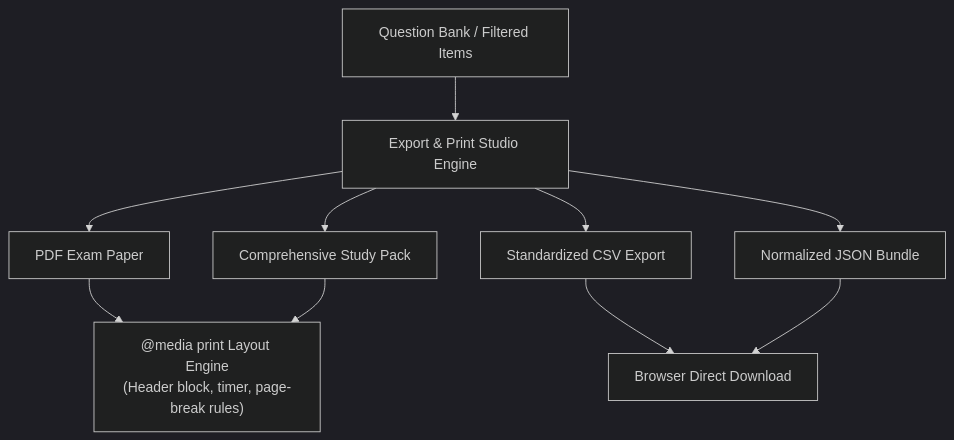
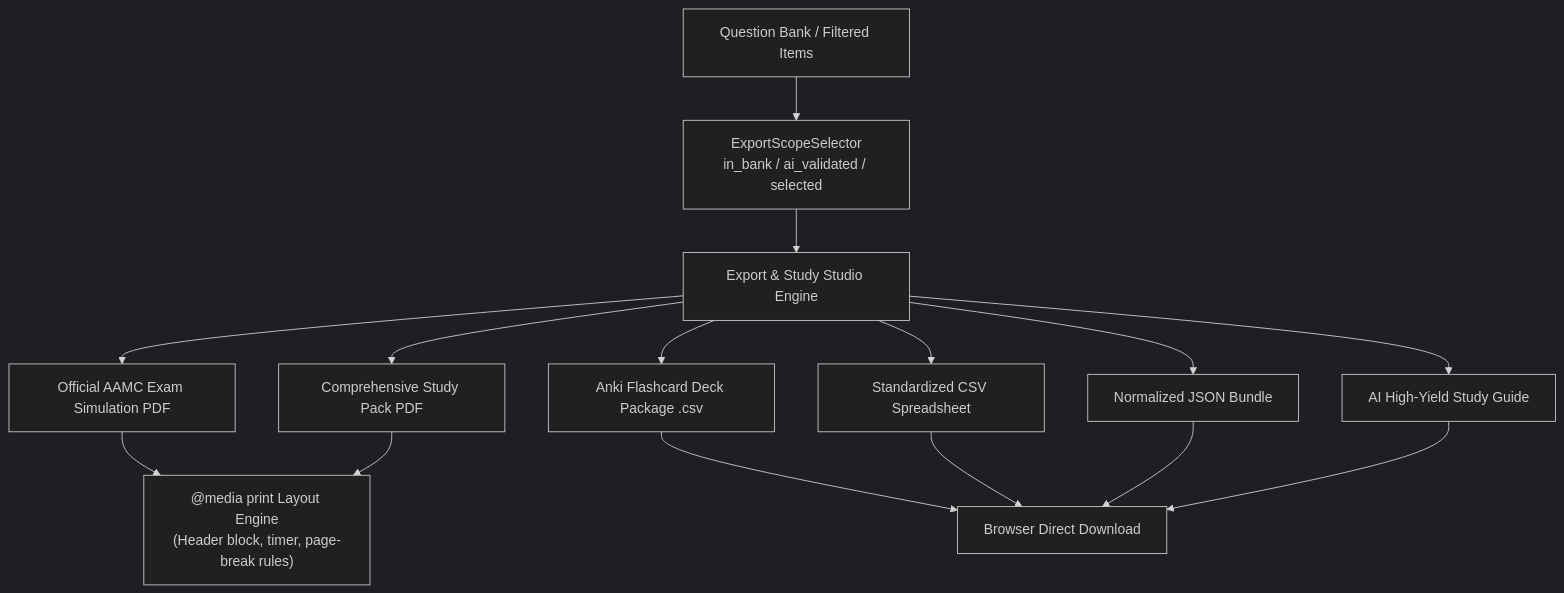
One commit to VishwamPatel-Infynno/Question-Bank-Generator changed diagram 11 of 12 in docs/ARCHITECTURE.md. Above: the diagram before and after it, drawn with Mermaid (dark theme). The commit also changed other lines of this file and 23 other files, not shown here.

````diff
--- a/docs/ARCHITECTURE.md
+++ b/docs/ARCHITECTURE.md
@@ -786,14 +941,19 @@
 ```mermaid
 graph TD
-    QB[Question Bank / Filtered Items] --> Studio[Export & Print Studio Engine]
+    QB[Question Bank / Filtered Items] --> Scope[ExportScopeSelector<br>in_bank / ai_validated / selected]
+    Scope --> Studio[Export & Study Studio Engine]
     
-    Studio --> PDF[PDF Exam Paper]
-    Studio --> StudyPack[Comprehensive Study Pack]
-    Studio --> CSV[Standardized CSV Export]
+    Studio --> PDF[Official AAMC Exam Simulation PDF]
+    Studio --> StudyPack[Comprehensive Study Pack PDF]
+    Studio --> Anki[Anki Flashcard Deck Package .csv]
+    Studio --> CSV[Standardized CSV Spreadsheet]
     Studio --> JSON[Normalized JSON Bundle]
+    Studio --> Guide[AI High-Yield Study Guide]
     
     PDF --> PrintStyles["@media print Layout Engine<br>(Header block, timer, page-break rules)"]
     StudyPack --> PrintStyles
-    CSV --> BrowserDL[Browser Direct Download]
+    Anki --> BrowserDL[Browser Direct Download]
+    CSV --> BrowserDL
     JSON --> BrowserDL
+    Guide --> BrowserDL
 ```
````
